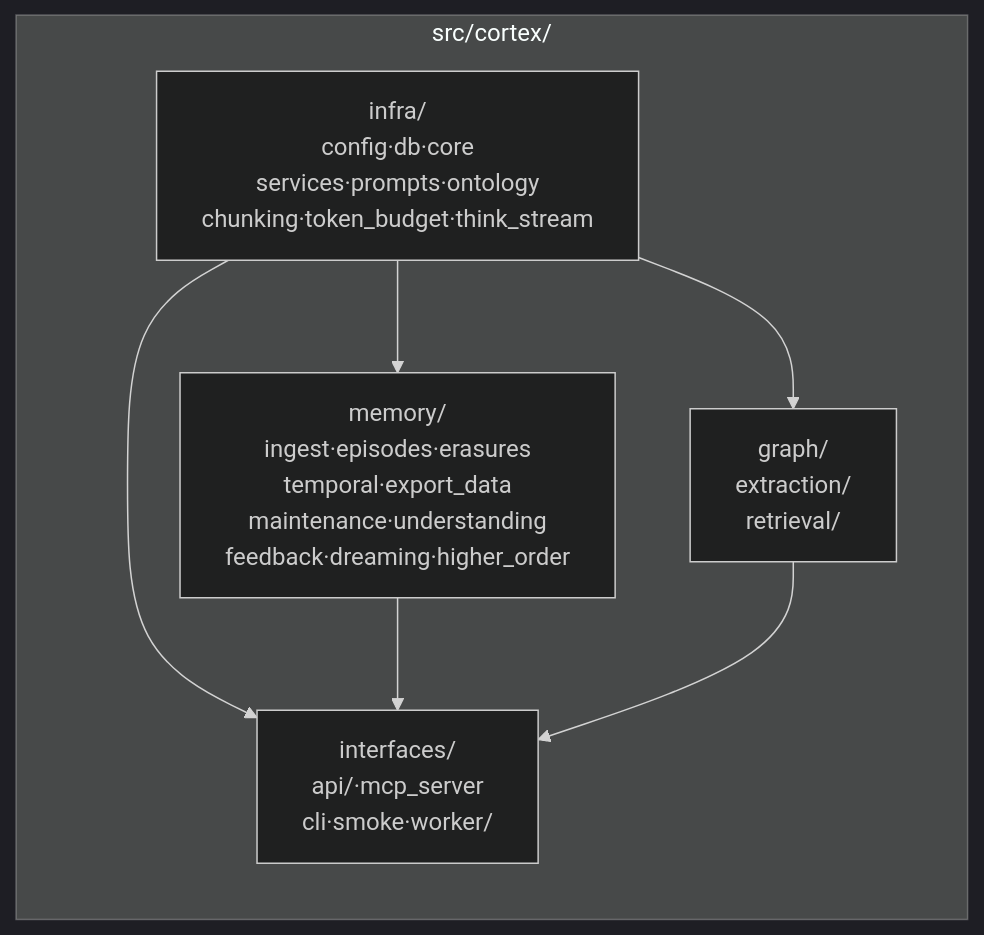
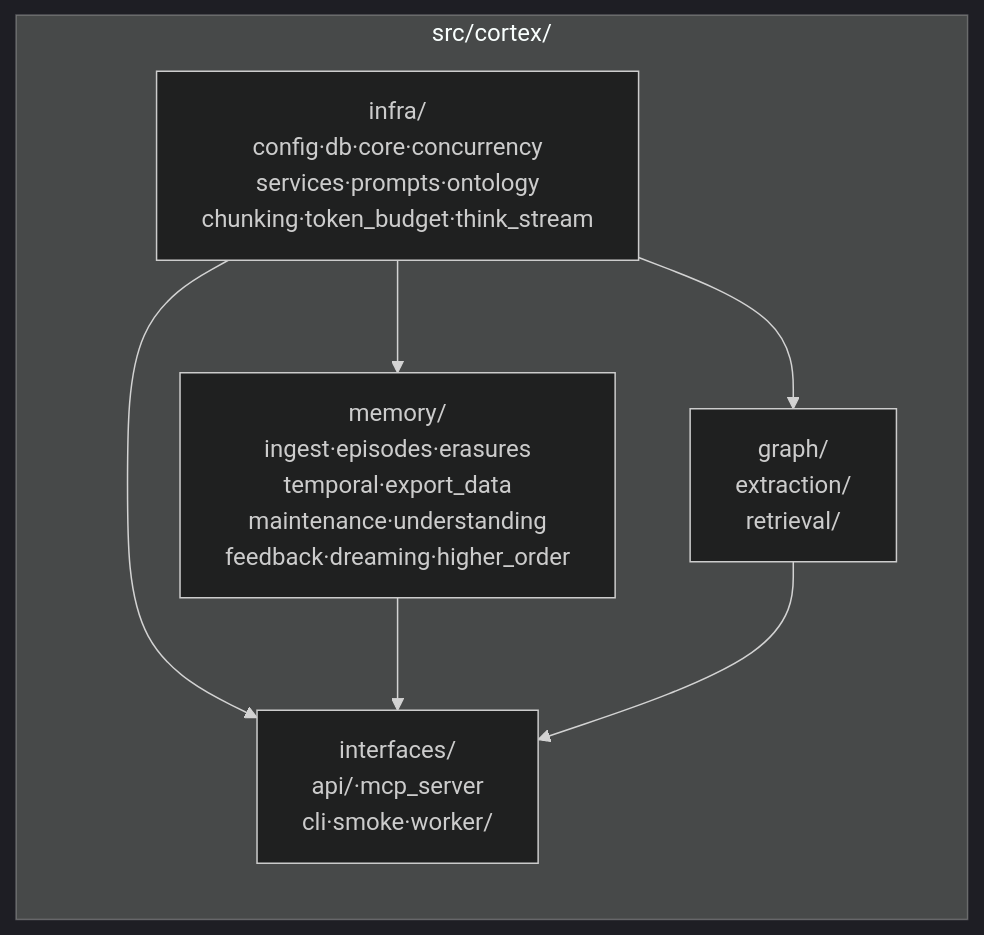
One commit to pty819/cortex-py-book changed the fifth of 11 diagrams in source/chapters/23-architecture-diagrams.md. Above: the diagram before and after it, drawn with Mermaid (dark theme). The commit also changed other lines of this file and 10 other files, not shown here.

````diff
--- a/source/chapters/23-architecture-diagrams.md
+++ b/source/chapters/23-architecture-diagrams.md
@@ -236,15 +237,15 @@
 ```{mermaid}
 graph LR
     subgraph src ["src/cortex/"]
-        INFRA["infra/<br/>config·db·core<br/>services·prompts·ontology<br/>chunking·token_budget·think_stream"]
+        INFRA["infra/<br/>config·db·core·concurrency<br/>services·prompts·ontology<br/>chunking·token_budget·think_stream"]
         MEM["memory/<br/>ingest·episodes·erasures<br/>temporal·export_data<br/>maintenance·understanding<br/>feedback·dreaming·higher_order"]
         GRAPH["graph/<br/>extraction/<br/>retrieval/"]
         IF["interfaces/<br/>api/·mcp_server<br/>cli·smoke·worker/"]
     end
 
     INFRA --> MEM
     INFRA --> GRAPH
     INFRA --> IF
     MEM --> IF
     GRAPH --> IF
 ```
````
